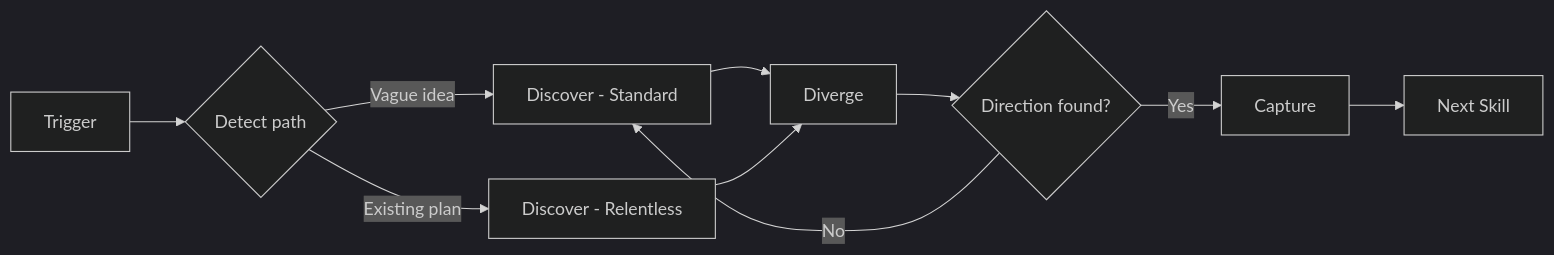
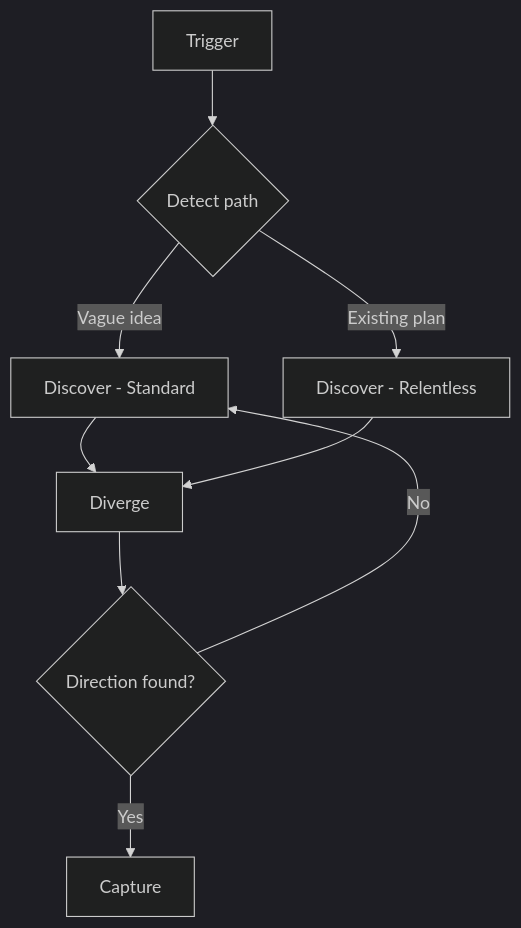
The diagram in skills/product/brainstorming/README.md (adeonir/agent-skills), drawn with Mermaid (dark theme) before and after one commit. The commit also changed other lines of this file and 5 other files, not shown here.

````diff
--- a/skills/product/brainstorming/README.md
+++ b/skills/product/brainstorming/README.md
@@ -16,12 +10,11 @@
 ```mermaid
-flowchart LR
+flowchart TD
     T[Trigger] --> P{Detect path}
     P -->|Vague idea| DS[Discover - Standard]
     P -->|Existing plan| DR[Discover - Relentless]
     DS --> DV[Diverge]
     DR --> DV
     DV --> C{Direction found?}
     C -->|Yes| CA[Capture]
     C -->|No| DS
-    CA --> N[Next Skill]
 ```
````
